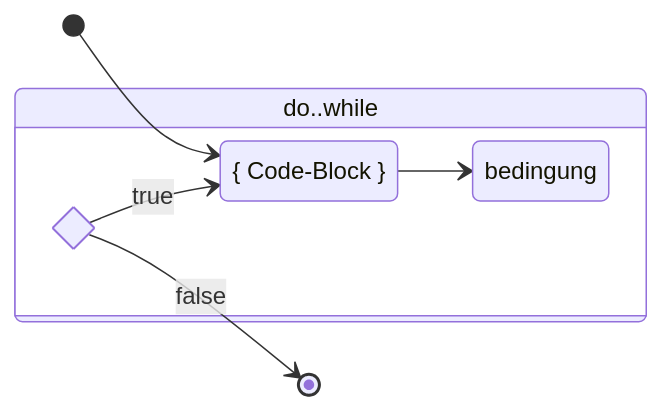
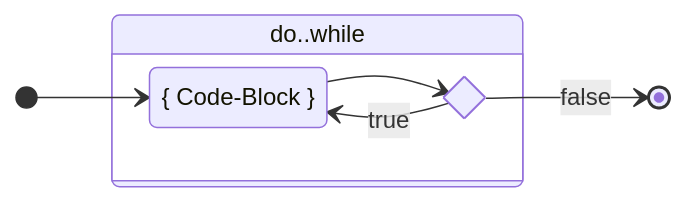
Before and after one commit to codingluke/bbzbl-modul-319: the second of 3 diagrams in slides/schleifen.md, drawn with Mermaid. The commit also changed other lines of this file and 3 other files, not shown here.

Commit message:
Fix mermaid and method slide

````diff
--- a/slides/schleifen.md
+++ b/slides/schleifen.md
@@ -75,12 +74,12 @@
 ```mermaid
 stateDiagram-v2
     direction LR
     do: { Code-Block }
     state Bedingung <<choice>>
     [*] --> do
     state do..while {
-        do --> bedingung
+        do --> Bedingung
         Bedingung --> do: true
     }
     Bedingung --> [*]: false
 ```
````
